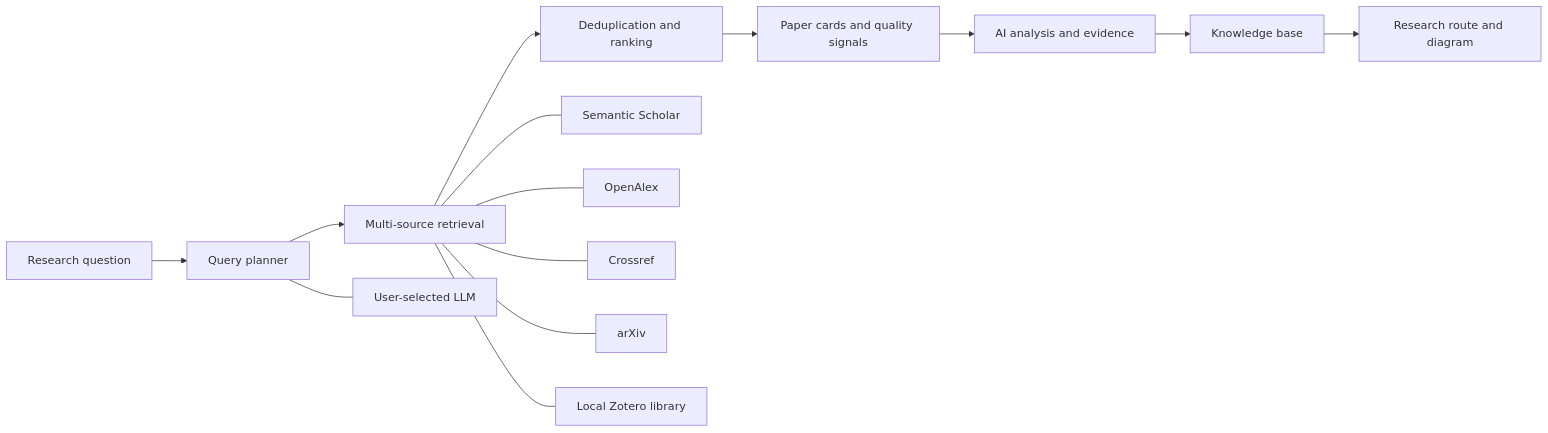
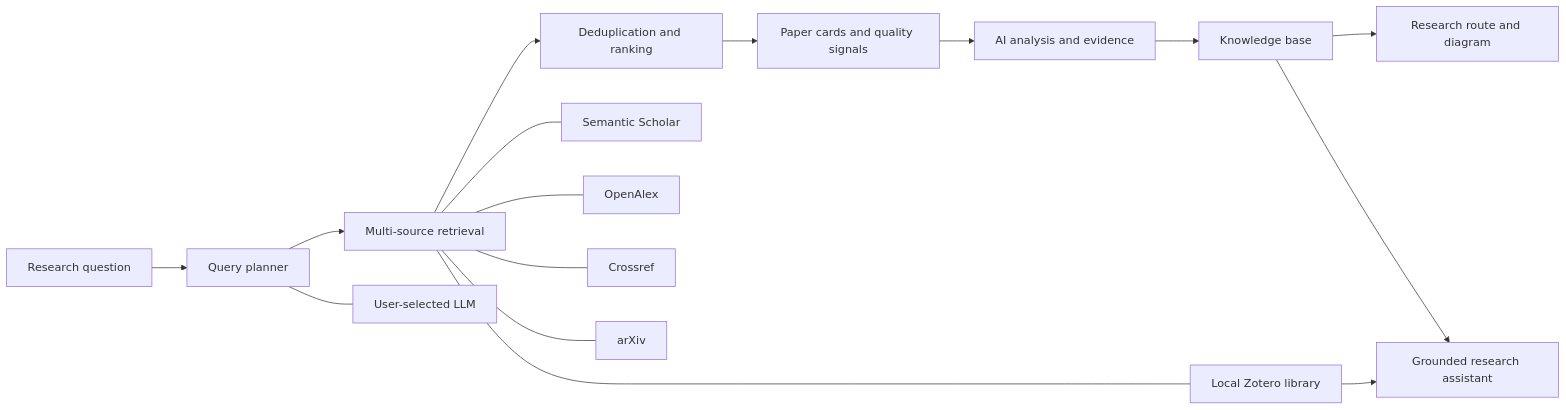
The diagram in README.md (zhangweiguo9719-web/ScholarNova), drawn with Mermaid before and after one commit. The commit also changed other lines of this file and 18 other files, not shown here.

Commit message:
feat: add grounded research assistant

````diff
--- a/README.md
+++ b/README.md
@@ -102,17 +109,19 @@
 ```mermaid
 flowchart LR
     U["Research question"] --> Q["Query planner"]
     Q --> S["Multi-source retrieval"]
     S --> D["Deduplication and ranking"]
     D --> R["Paper cards and quality signals"]
     R --> A["AI analysis and evidence"]
     A --> K["Knowledge base"]
     K --> G["Research route and diagram"]
+    K --> RA["Grounded research assistant"]
+    Z --> RA
 
     S --- SS["Semantic Scholar"]
     S --- OA["OpenAlex"]
     S --- CR["Crossref"]
     S --- AX["arXiv"]
     S --- Z["Local Zotero library"]
     Q --- LLM["User-selected LLM"]
 ```
````
